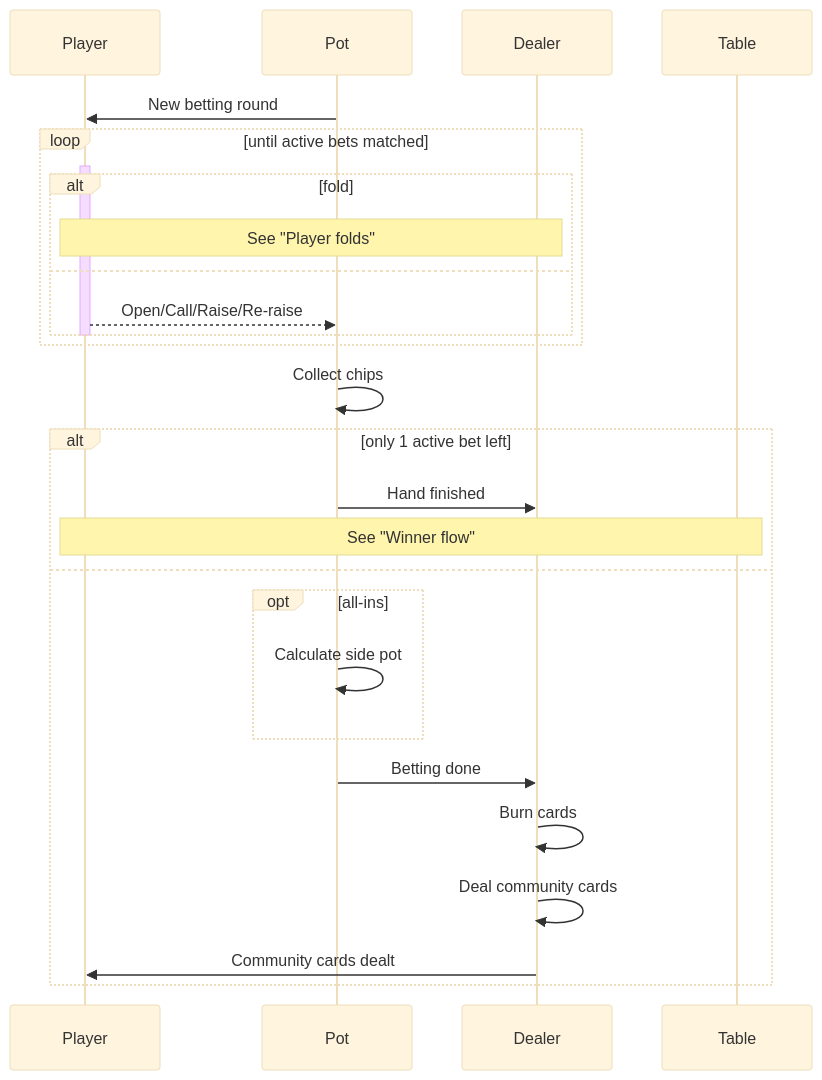
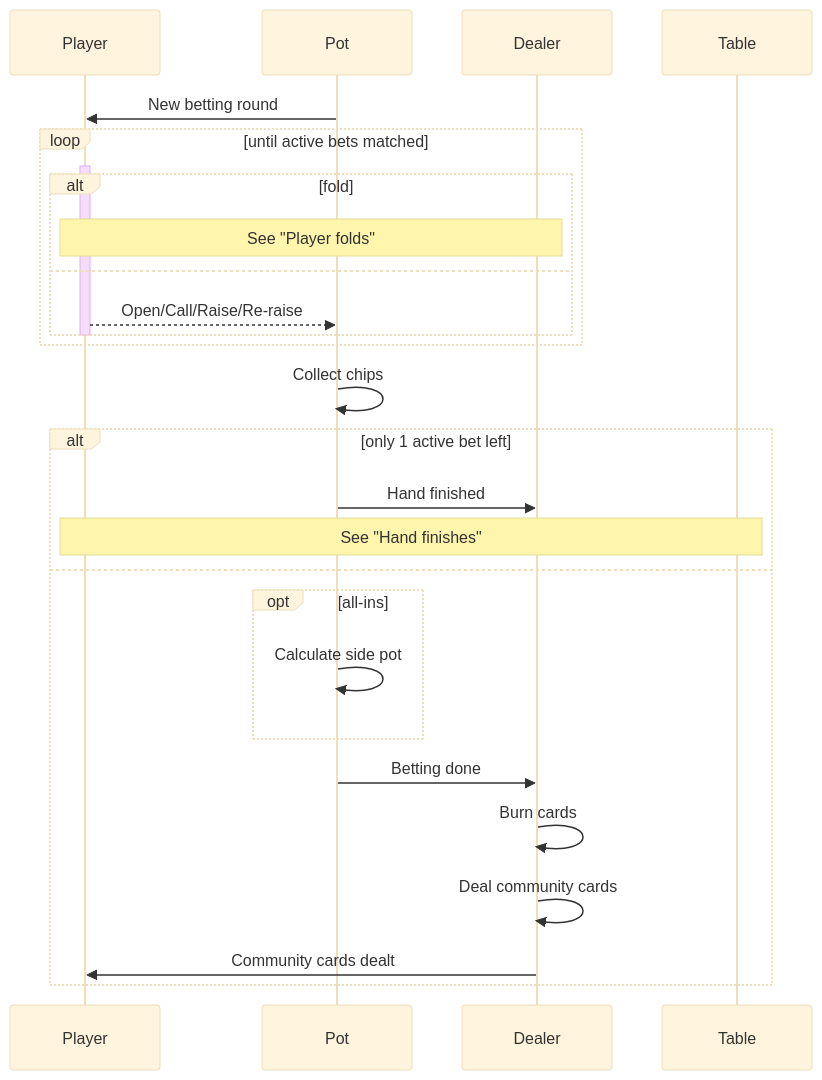
Before and after one commit to ethan605/goker: the diagram in docs/mermaids/betting_flow.mmd, drawn with Mermaid (base theme). The commit also changed 10 other files, not shown here.

Commit message:
Refactor winner_flow -> hand_finishes & update interfaces docs

```diff
--- a/docs/mermaids/betting_flow.mmd
+++ b/docs/mermaids/betting_flow.mmd
@@ -1,32 +1,32 @@
 sequenceDiagram
     participant Player
     participant Pot
     participant Dealer
     participant Table
 
     Pot->>Player: New betting round
 
     loop until active bets matched
     activate Player
         alt fold
             Note over Player,Dealer: See "Player folds"
         else
             Player-->>Pot: Open/Call/Raise/Re-raise
         end
     deactivate Player
     end
 
     Pot->>Pot: Collect chips
 
     alt only 1 active bet left
         Pot->>Dealer: Hand finished
-        Note over Player,Table: See "Winner flow"
+        Note over Player,Table: See "Hand finishes"
     else
         opt all-ins
             Pot->>Pot: Calculate side pot
         end
         Pot->>Dealer: Betting done
         Dealer->>Dealer: Burn cards
         Dealer->>Dealer: Deal community cards
         Dealer->>Player: Community cards dealt
     end
```
